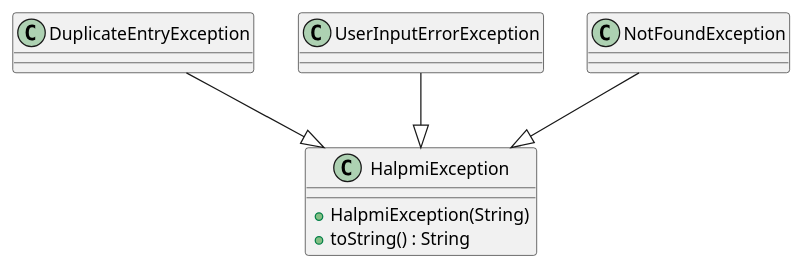
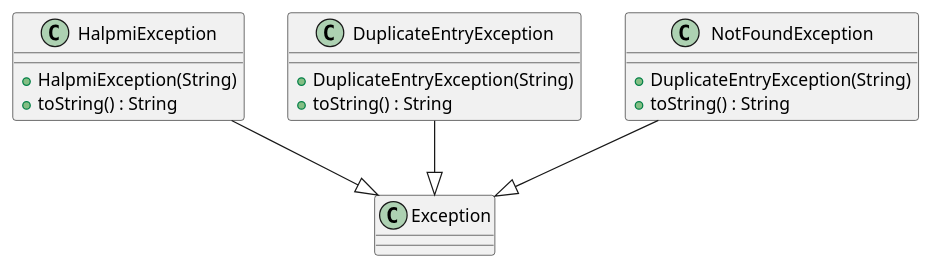
Before and after one commit to nus-cs2113-AY2122S2/tp: the diagram in docs/diagrams/ExceptionClass.puml, drawn with PlantUML.

Commit message:
exception uml revert back to pre-refactored

```diff
--- a/docs/diagrams/ExceptionClass.puml
+++ b/docs/diagrams/ExceptionClass.puml
@@ -1,17 +1,20 @@
 @startuml
 'https://plantuml.com/class-diagram
 
 class HalpmiException {
     +HalpmiException(String)
     +toString() : String
 }
-class DuplicateEntryException
+class DuplicateEntryException {
+    +DuplicateEntryException(String)
+    +toString() : String
+ }
 
-class UserInputErrorException
-
-class NotFoundException
-
-DuplicateEntryException --|> HalpmiException
-UserInputErrorException --|> HalpmiException
-NotFoundException --|> HalpmiException
+class NotFoundException {
+    +DuplicateEntryException(String)
+    +toString() : String
+}
+DuplicateEntryException --|> Exception
+HalpmiException --|> Exception
+NotFoundException --|> Exception
 @enduml
```
